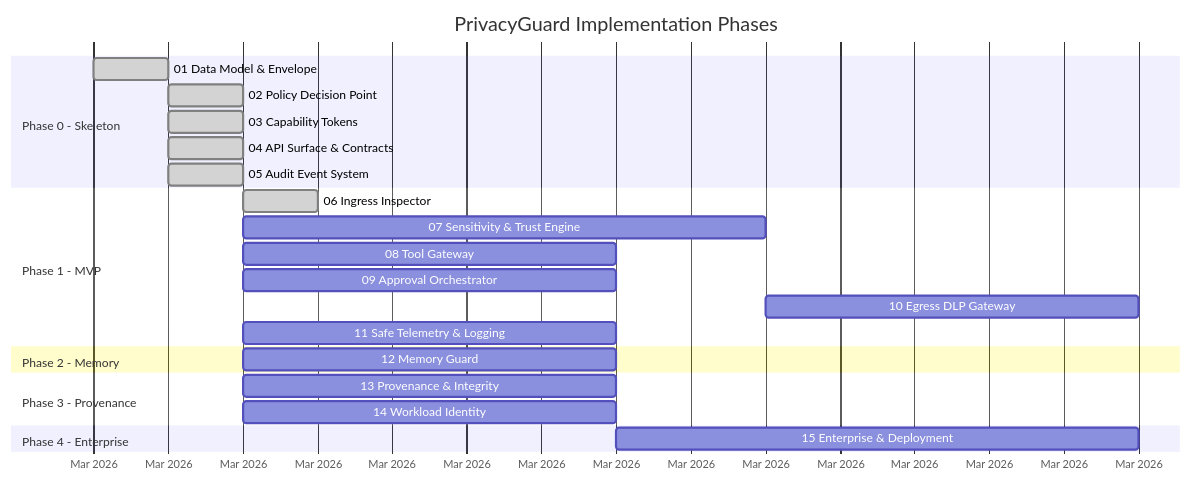
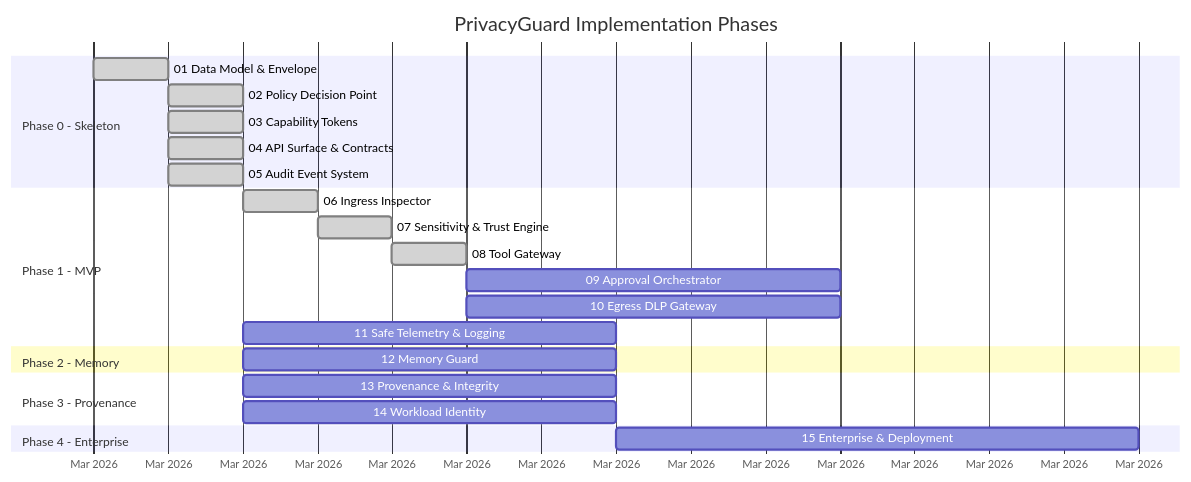
The second of 2 diagrams in README.md (vvoffsec/PrivacyGuard), drawn with Mermaid before and after one commit. The commit also changed other lines of this file, not shown here.

````diff
--- a/README.md
+++ b/README.md
@@ -125,31 +125,31 @@
 ```mermaid
 gantt
     title PrivacyGuard Implementation Phases
     dateFormat YYYY-MM-DD
     axisFormat %b %Y
 
     section Phase 0 - Skeleton
     01 Data Model & Envelope        :done, p01, 2026-03-07, 1d
     02 Policy Decision Point        :done, p02, after p01, 1d
     03 Capability Tokens            :done, p03, after p01, 1d
     04 API Surface & Contracts      :done, p04, after p01, 1d
     05 Audit Event System           :done, p05, after p01, 1d
 
     section Phase 1 - MVP
     06 Ingress Inspector            :done, p06, after p02, 1d
-    07 Sensitivity & Trust Engine   :p07, after p02, 7d
-    08 Tool Gateway                 :p08, after p02, 5d
-    09 Approval Orchestrator        :p09, after p02, 5d
-    10 Egress DLP Gateway           :p10, after p07, 5d
+    07 Sensitivity & Trust Engine   :done, p07, after p06, 1d
+    08 Tool Gateway                 :done, p08, after p07, 1d
+    09 Approval Orchestrator        :p09, after p08, 5d
+    10 Egress DLP Gateway           :p10, after p08, 5d
     11 Safe Telemetry & Logging     :p11, after p05, 5d
 
     section Phase 2 - Memory
     12 Memory Guard                 :p12, after p02, 5d
 
     section Phase 3 - Provenance
     13 Provenance & Integrity       :p13, after p05, 5d
     14 Workload Identity            :p14, after p03, 5d
 
     section Phase 4 - Enterprise
     15 Enterprise & Deployment      :p15, after p12, 7d
 ```
````
